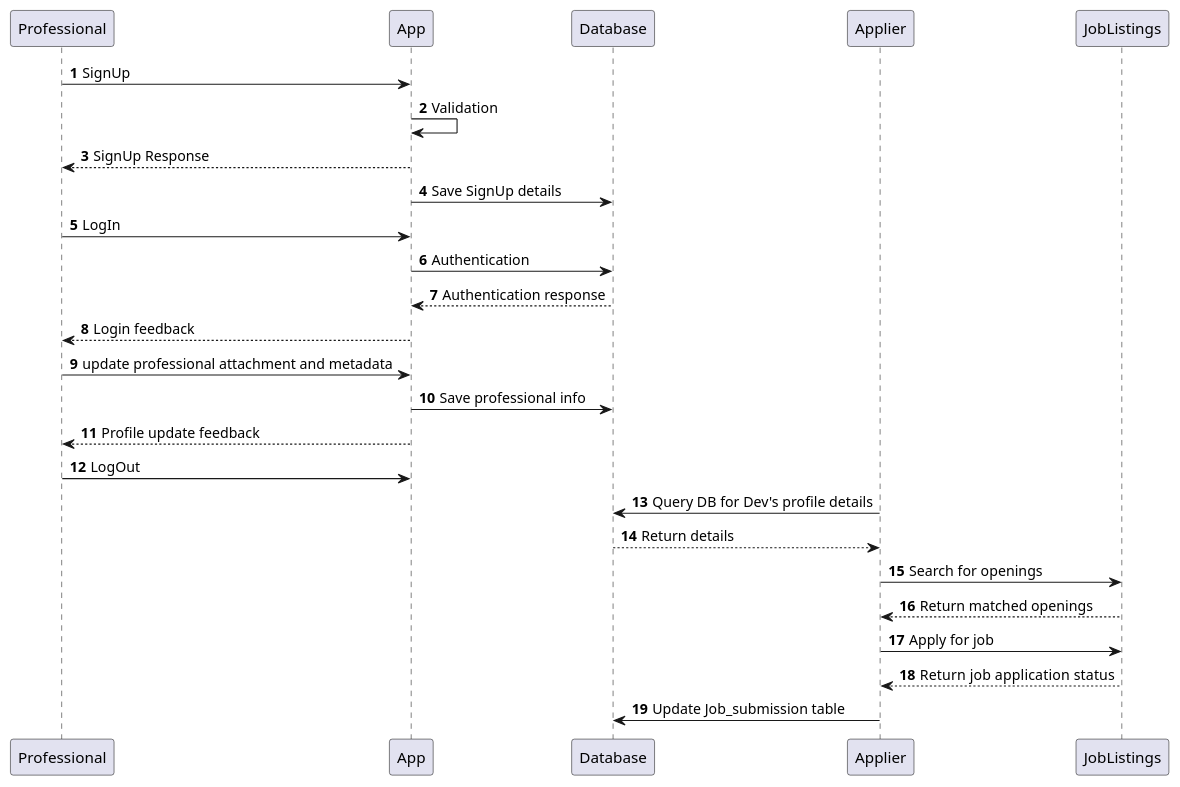
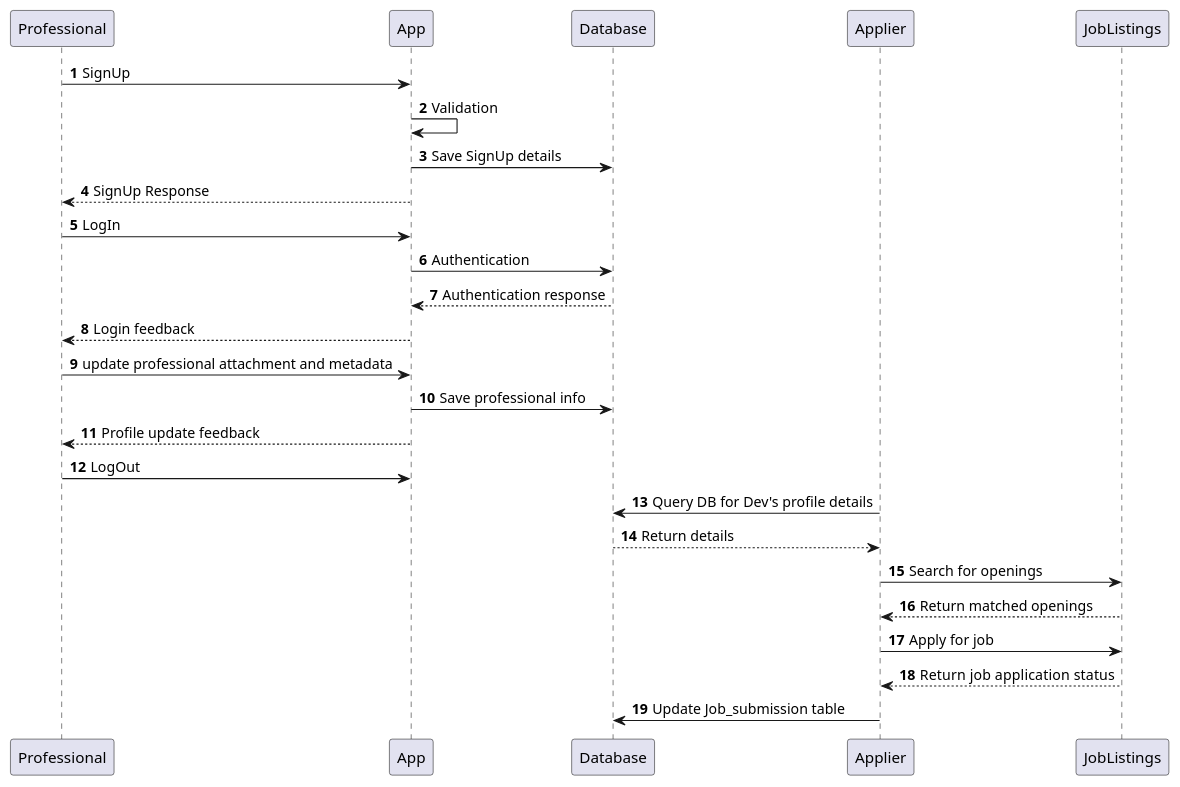
One commit to teamhydraulic/apply-for-me-backend-architectural-design changed the diagram in sequence-diagram-script.puml. Above: the diagram before and after it, drawn with PlantUML. The commit also changed other lines of this file and 3 other files, not shown here.

Commit message:
Update Class diagram and sequence diagram

```diff
--- a/sequence-diagram-script.puml
+++ b/sequence-diagram-script.puml
@@ -1,25 +1,25 @@
 @startuml
 'https://plantuml.com/sequence-diagram
 
 autonumber
 
 Professional -> App: SignUp
 App -> App: Validation
+App -> Database: Save SignUp details
 App --> Professional: SignUp Response
-App -> Database: Save SignUp details
 Professional -> App: LogIn
 App -> Database: Authentication
 Database --> App: Authentication response
 App --> Professional: Login feedback
 Professional -> App: update professional attachment and metadata
 App -> Database: Save professional info
 App --> Professional: Profile update feedback
 Professional -> App: LogOut
 Applier -> Database: Query DB for Dev's profile details
 Database --> Applier: Return details
 Applier -> JobListings: Search for openings
 JobListings --> Applier: Return matched openings
 Applier -> JobListings: Apply for job
 JobListings --> Applier: Return  job application status
 Applier -> Database: Update Job_submission table
 @enduml
```
